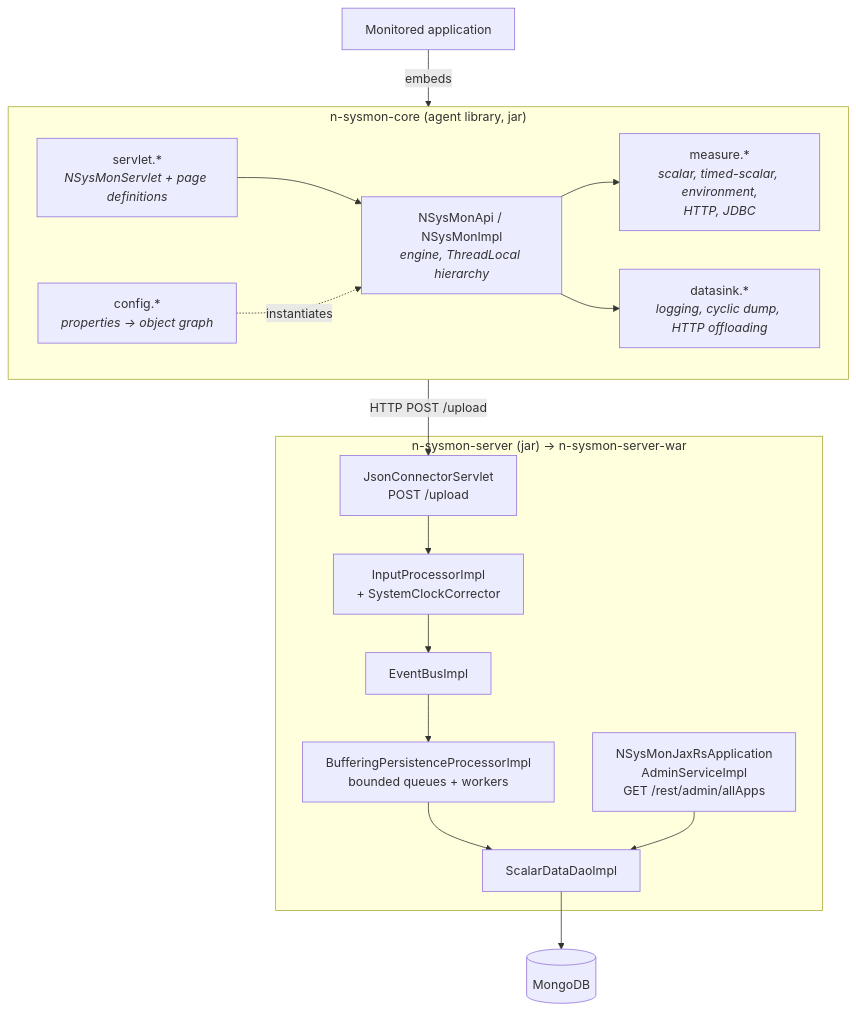
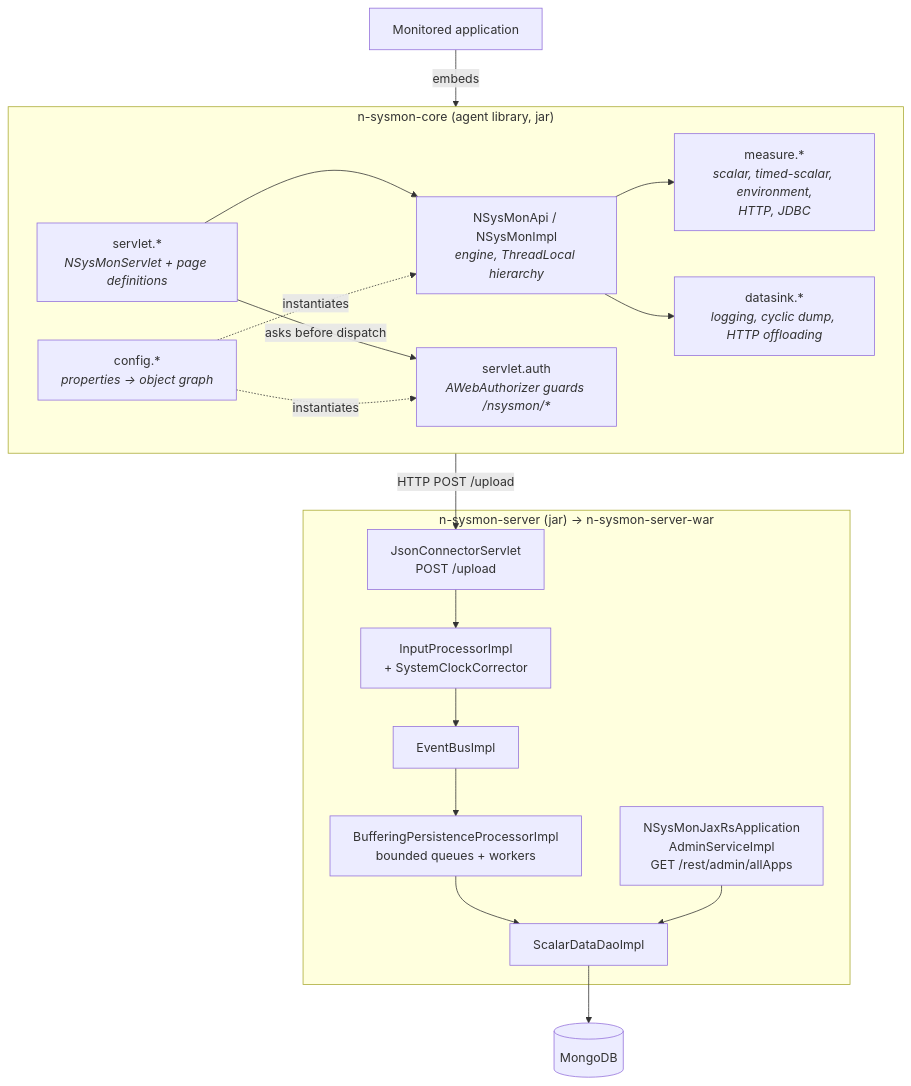
The second of 10 diagrams in docs/architecture/arc42/architecture.md (dritonshoshi/n-sysmon), drawn with Mermaid before and after one commit. The commit also changed other lines of this file and 1 other file, not shown here.

````diff
--- a/docs/architecture/arc42/architecture.md
+++ b/docs/architecture/arc42/architecture.md
@@ -165,29 +166,32 @@
 ```mermaid
 flowchart TB
     subgraph agent["n-sysmon-core (agent library, jar)"]
         API["NSysMonApi / NSysMonImpl<br/><i>engine, ThreadLocal hierarchy</i>"]
         MEAS["measure.*<br/><i>scalar, timed-scalar, environment,<br/>HTTP, JDBC</i>"]
         SINK["datasink.*<br/><i>logging, cyclic dump, HTTP offloading</i>"]
         UI["servlet.*<br/><i>NSysMonServlet + page definitions</i>"]
+        AUTH["servlet.auth<br/><i>AWebAuthorizer guards /nsysmon/*</i>"]
         CFG["config.*<br/><i>properties → object graph</i>"]
         API --> MEAS
         API --> SINK
         UI --> API
+        UI -->|"asks before dispatch"| AUTH
         CFG -.->|"instantiates"| API
+        CFG -.->|"instantiates"| AUTH
     end
 
     subgraph server["n-sysmon-server (jar) → n-sysmon-server-war"]
         SERV["JsonConnectorServlet<br/>POST /upload"]
         PROC["InputProcessorImpl<br/>+ SystemClockCorrector"]
         BUS["EventBusImpl"]
         BUF["BufferingPersistenceProcessorImpl<br/>bounded queues + workers"]
         DAO["ScalarDataDaoImpl"]
         JAXRS["NSysMonJaxRsApplication<br/>AdminServiceImpl<br/>GET /rest/admin/allApps"]
         SERV --> PROC --> BUS --> BUF --> DAO
         JAXRS --> DAO
     end
 
     APP["Monitored application"] -->|"embeds"| agent
     agent -->|"HTTP POST /upload"| SERV
     DAO --> Mongo[("MongoDB")]
 ```
````
